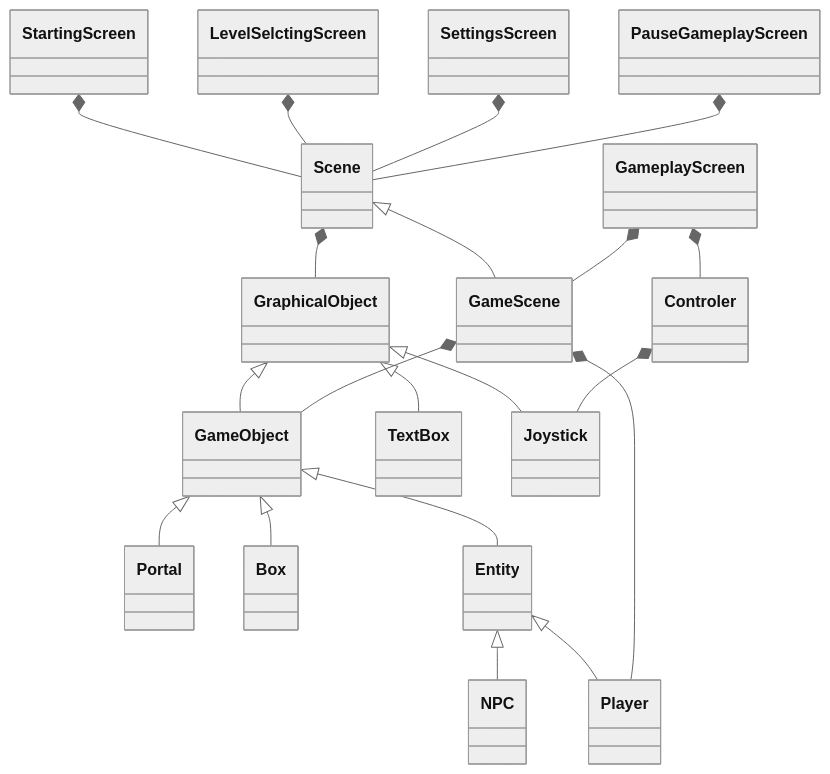
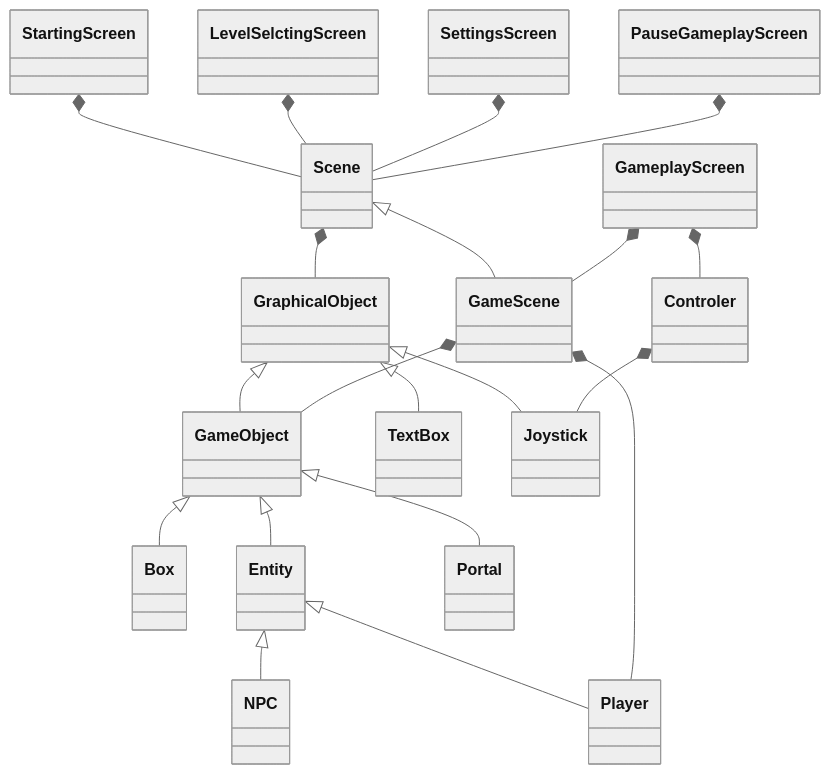
The diagram in planning_class_structure/README.md (dRoycon/HS_SoftwareEngineeringProject), drawn with Mermaid (neutral theme) before and after one commit.

Commit message:
modified:   planning_class_structure/README.md

````diff
--- a/planning_class_structure/README.md
+++ b/planning_class_structure/README.md
@@ -3,32 +3,33 @@
 ``` mermaid
 classDiagram
     GraphicalObject <|-- GameObject 
     GraphicalObject <|-- TextBox
     GraphicalObject <|-- Joystick
 
-    GameObject <|-- Portal
     GameObject <|-- Box
     GameObject <|-- Entity
 
     Entity <|-- NPC
     Entity <|-- Player
 
     Scene *-- GraphicalObject
+    GameObject <|-- Portal
+
     Scene <|-- GameScene
 
     GameScene *-- Player
     GameScene *-- GameObject
 
     Controler *-- Joystick
 
     GameplayScreen *-- GameScene
     GameplayScreen *-- Controler
 
     StartingScreen *-- Scene
 
     LevelSelctingScreen *-- Scene
     SettingsScreen *-- Scene
     PauseGameplayScreen *-- Scene
 
 
 ```
````
